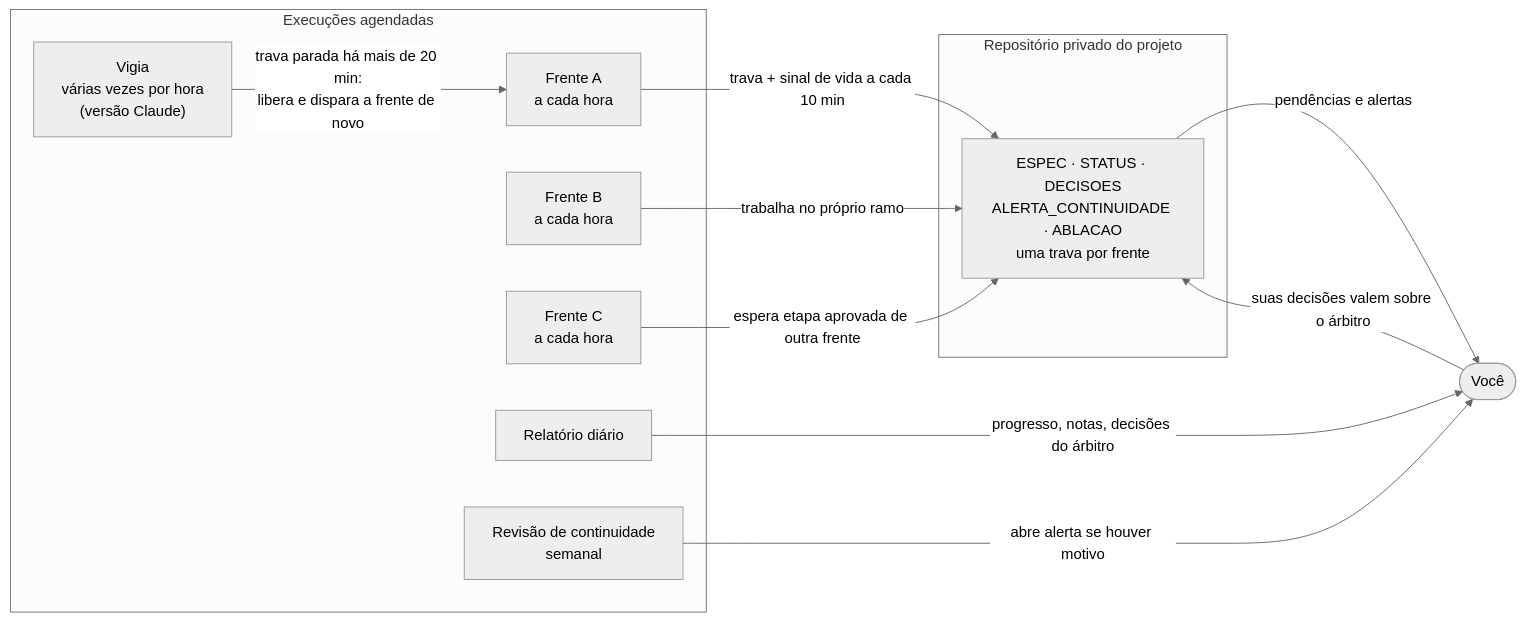
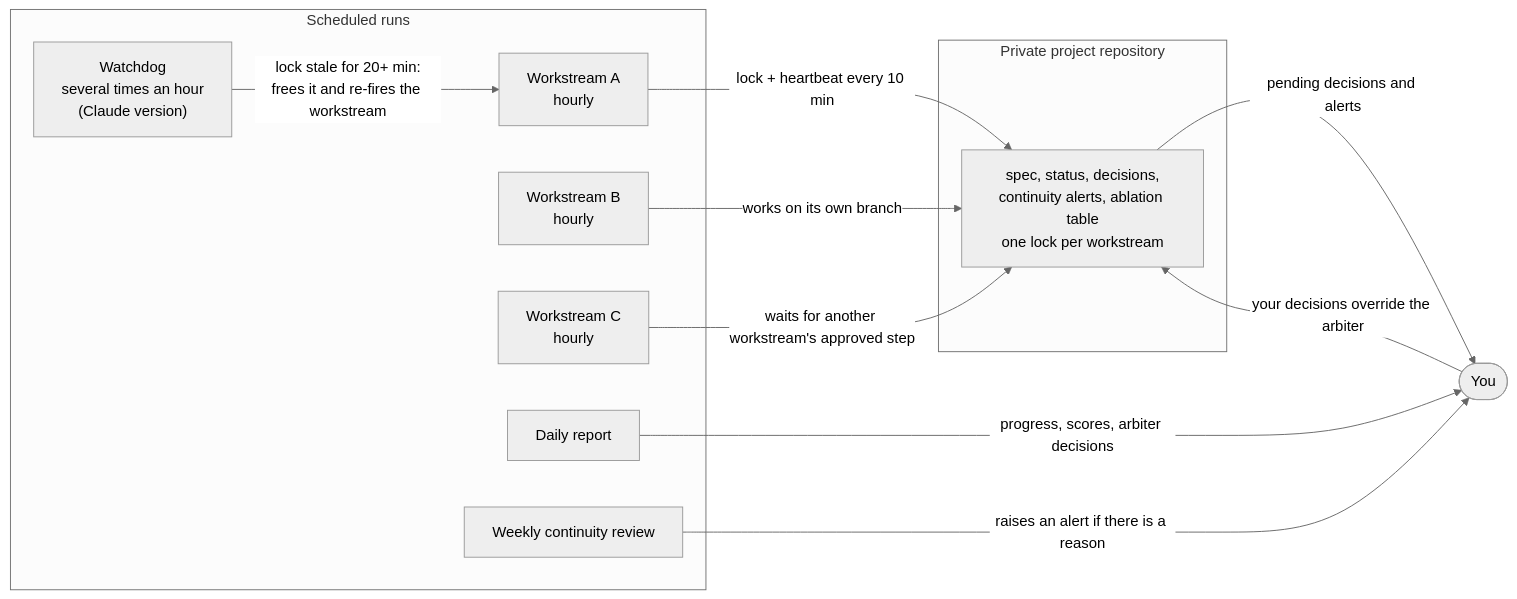
The third of 3 diagrams in README.md (souzaeliasrafael/agent-architecture-skill), drawn with Mermaid (neutral theme) before and after one commit. The commit also changed other lines of this file and 12 other files, not shown here.

First line of the commit message:
Translate flowcharts to English

````diff
--- a/README.md
+++ b/README.md
@@ -73,24 +73,24 @@
 ```mermaid
 flowchart LR
-    subgraph AG["Execuções agendadas"]
-        FA["Frente A<br/>a cada hora"]
-        FB["Frente B<br/>a cada hora"]
-        FC["Frente C<br/>a cada hora"]
-        VIG["Vigia<br/>várias vezes por hora<br/>(versão Claude)"]
-        REL["Relatório diário"]
-        REV["Revisão de continuidade<br/>semanal"]
+    subgraph AG["Scheduled runs"]
+        FA["Workstream A<br/>hourly"]
+        FB["Workstream B<br/>hourly"]
+        FC["Workstream C<br/>hourly"]
+        WD["Watchdog<br/>several times an hour<br/>(Claude version)"]
+        REP["Daily report"]
+        REVW["Weekly continuity review"]
     end
 
-    subgraph REPO["Repositório privado do projeto"]
-        ARQ["ESPEC · STATUS · DECISOES<br/>ALERTA_CONTINUIDADE · ABLACAO<br/>uma trava por frente"]
+    subgraph REPO["Private project repository"]
+        FILES["spec, status, decisions,<br/>continuity alerts, ablation table<br/>one lock per workstream"]
     end
 
-    FA -->|"trava + sinal de vida a cada 10 min"| ARQ
-    FB -->|"trabalha no próprio ramo"| ARQ
-    FC -->|"espera etapa aprovada de outra frente"| ARQ
-    VIG -->|"trava parada há mais de 20 min:<br/>libera e dispara a frente de novo"| FA
-    ARQ -->|"pendências e alertas"| VOCE(["Você"])
-    REL -->|"progresso, notas, decisões do árbitro"| VOCE
-    REV -->|"abre alerta se houver motivo"| VOCE
-    VOCE -->|"suas decisões valem sobre o árbitro"| ARQ
+    FA -->|"lock + heartbeat every 10 min"| FILES
+    FB -->|"works on its own branch"| FILES
+    FC -->|"waits for another workstream's approved step"| FILES
+    WD -->|"lock stale for 20+ min:<br/>frees it and re-fires the workstream"| FA
+    FILES -->|"pending decisions and alerts"| YOU(["You"])
+    REP -->|"progress, scores, arbiter decisions"| YOU
+    REVW -->|"raises an alert if there is a reason"| YOU
+    YOU -->|"your decisions override the arbiter"| FILES
 ```
````
